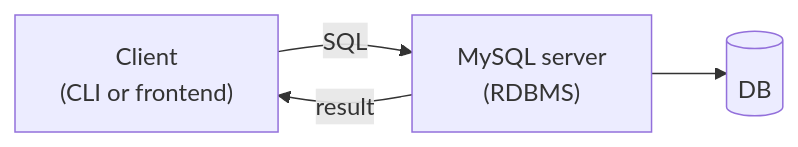
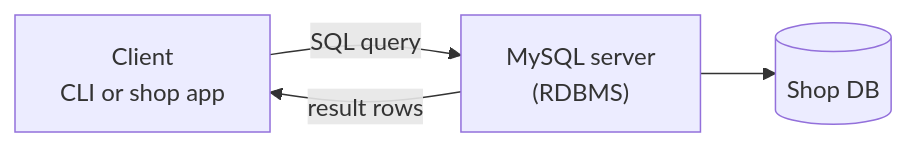
One commit to aaryan-pradhan/core-cs-fundamentals changed the first of 9 diagrams in dbms/09-sql.md. Above: the diagram before and after it, drawn with Mermaid. The commit also changed other lines of this file, not shown here.

````diff
--- a/dbms/09-sql.md
+++ b/dbms/09-sql.md
@@ -23,5 +9,5 @@
-   ```mermaid
-   flowchart LR
-     C["Client<br/>(CLI or frontend)"] -- "SQL" --> S["MySQL server<br/>(RDBMS)"] --> D[("DB")]
-     S -- "result" --> C
-   ```
+```mermaid
+flowchart LR
+  C["Client<br/>CLI or shop app"] -->|"SQL query"| S["MySQL server<br/>(RDBMS)"] --> D[("Shop DB")]
+  S -->|"result rows"| C
+```
````
